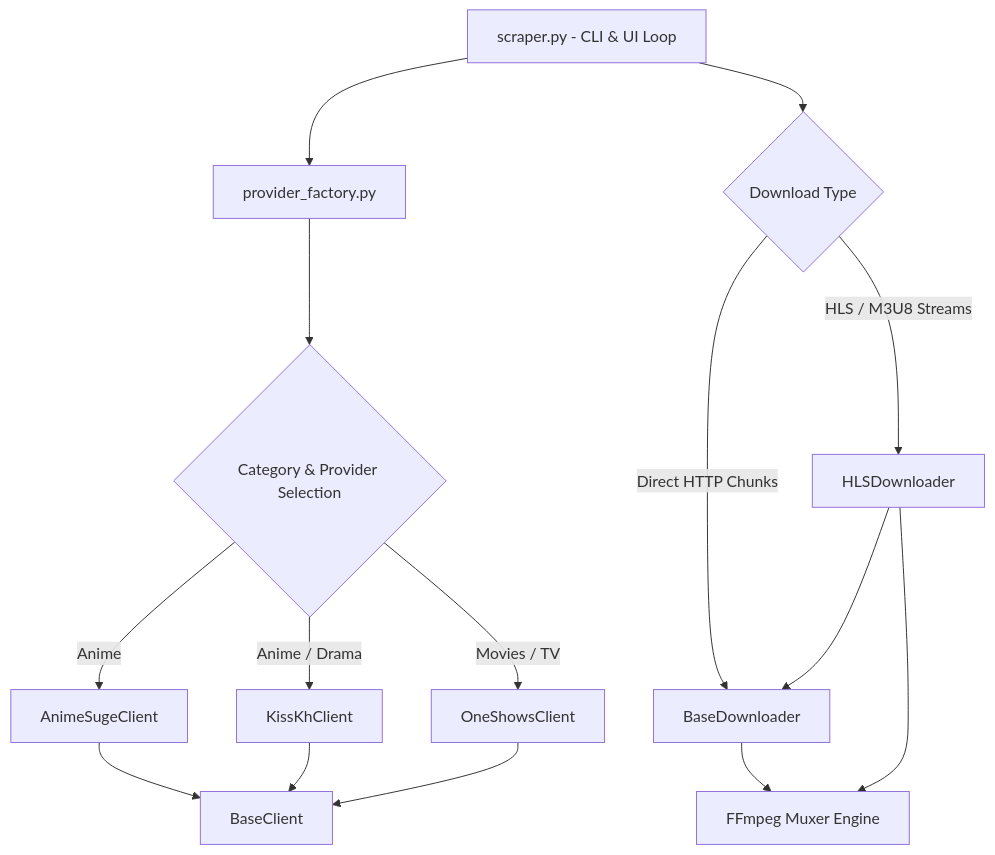
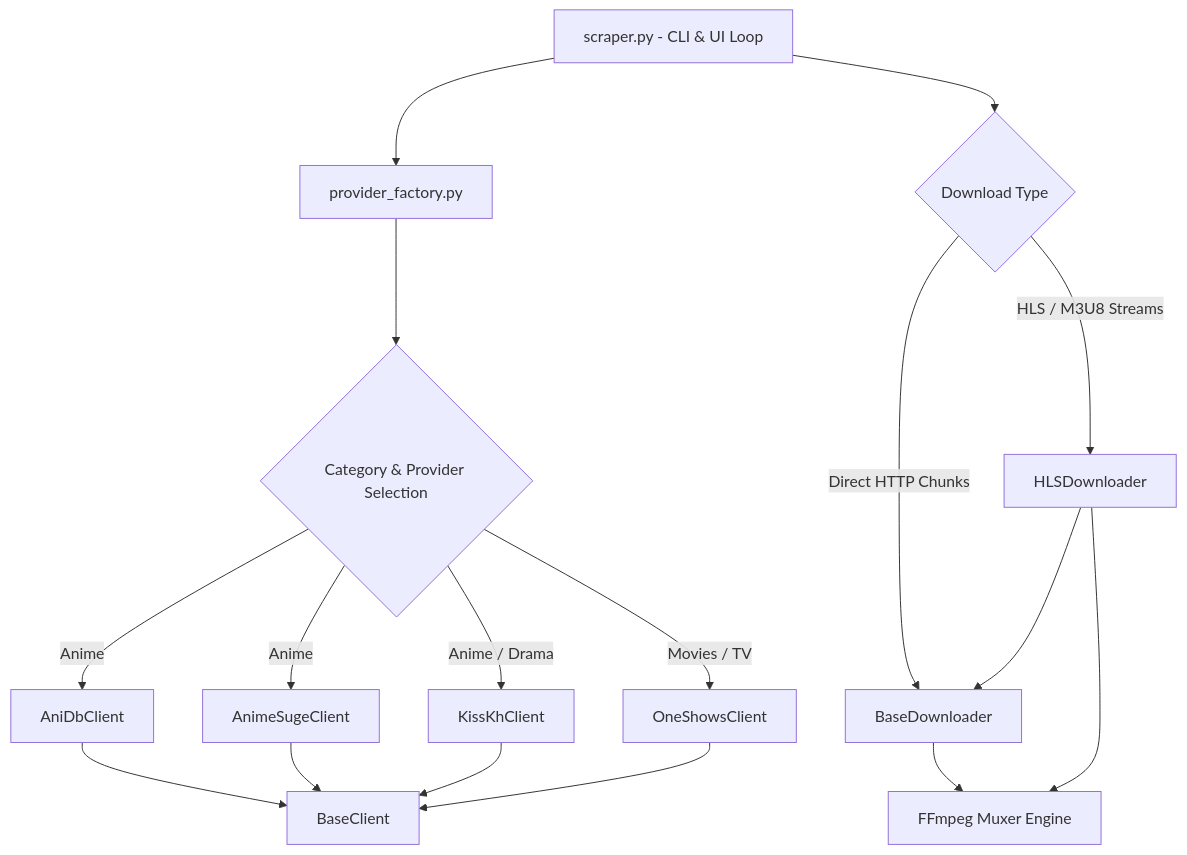
The diagram in Doc.md (th3mw/CLI_DOWNLOADER), drawn with Mermaid before and after one commit. The commit also changed other lines of this file and 6 other files, not shown here.

````diff
--- a/Doc.md
+++ b/Doc.md
@@ -11,20 +11,22 @@
 ```mermaid
 flowchart TD
     CLI[scraper.py - CLI & UI Loop] --> Factory[provider_factory.py]
     Factory --> ClientChoice{Category & Provider Selection}
+    ClientChoice -->|Anime| AniDb[AniDbClient]
     ClientChoice -->|Anime| AnimeSuge[AnimeSugeClient]
     ClientChoice -->|Anime / Drama| KissKh[KissKhClient]
     ClientChoice -->|Movies / TV| OneShows[OneShowsClient]
     
-    AnimeSuge --> BaseClient[BaseClient]
+    AniDb --> BaseClient[BaseClient]
+    AnimeSuge --> BaseClient
     KissKh --> BaseClient
     OneShows --> BaseClient
 
     CLI --> DownloaderChoice{Download Type}
     DownloaderChoice -->|Direct HTTP Chunks| BaseDownloader[BaseDownloader]
     DownloaderChoice -->|HLS / M3U8 Streams| HLSDownloader[HLSDownloader]
     
     HLSDownloader --> BaseDownloader
     HLSDownloader --> FFmpeg[FFmpeg Muxer Engine]
     BaseDownloader --> FFmpeg
 ```
````
